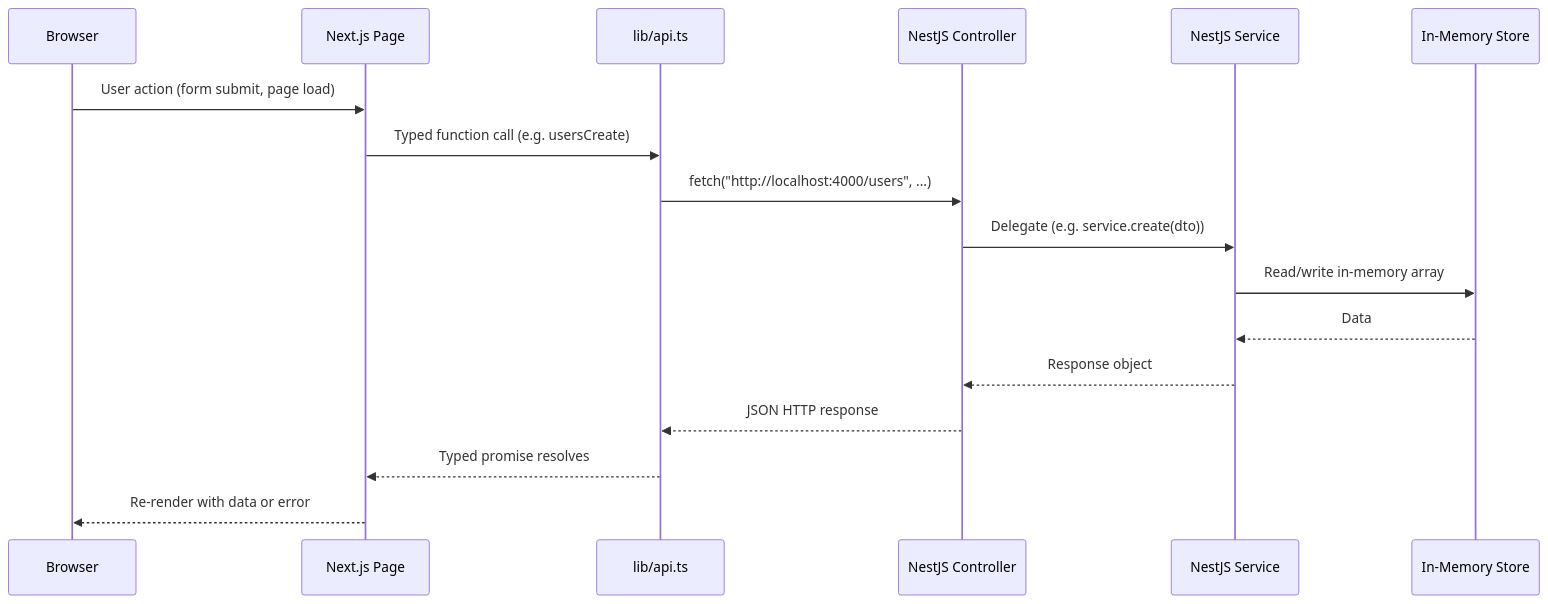
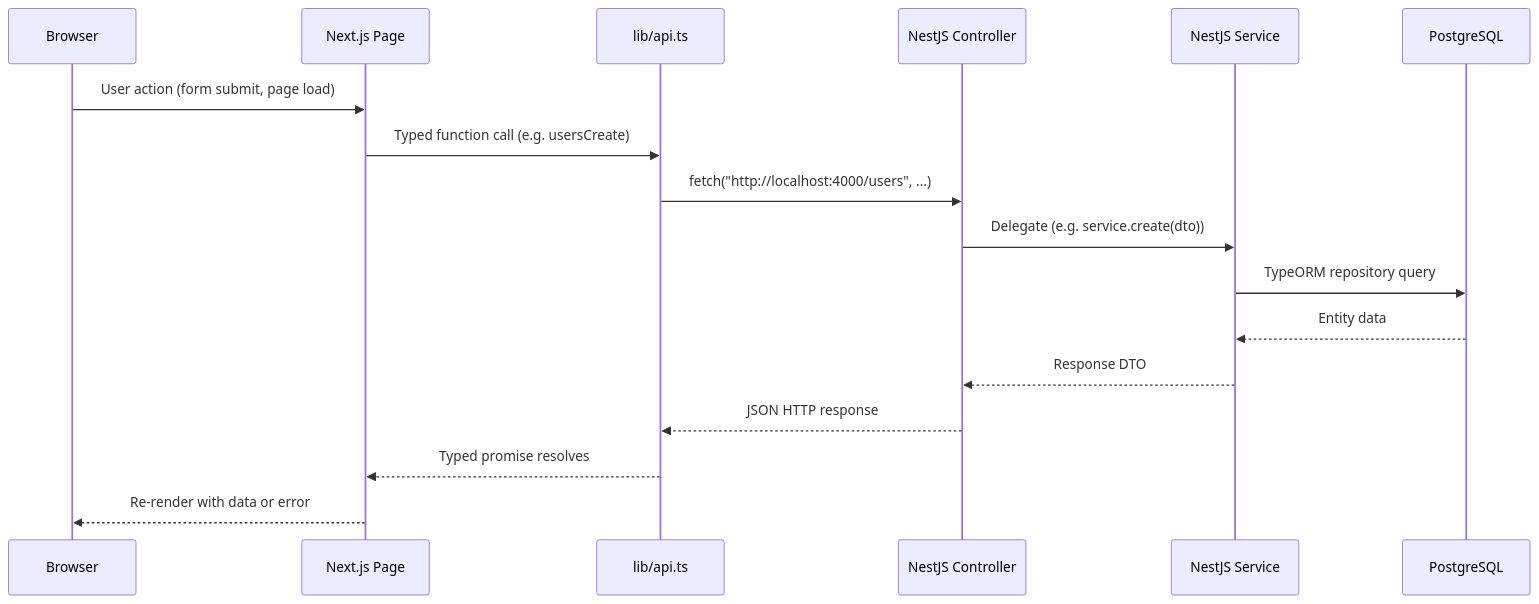
The fourth of 5 diagrams in docs/architecture/ARCHITECTURE.md (KLJr-Dev/KC-Project), drawn with Mermaid before and after one commit. The commit also changed other lines of this file and 6 other files, not shown here.

First line of the commit message:
v0.2.0 docs: update architecture, data model, backend README, frontend badge for database introduction

````diff
--- a/docs/architecture/ARCHITECTURE.md
+++ b/docs/architecture/ARCHITECTURE.md
@@ -174,20 +177,20 @@
 ```mermaid
 sequenceDiagram
     participant Browser
     participant Page as Next.js Page
     participant API as lib/api.ts
     participant Controller as NestJS Controller
     participant Service as NestJS Service
-    participant Store as In-Memory Store
+    participant PG as PostgreSQL
 
     Browser->>Page: User action (form submit, page load)
     Page->>API: Typed function call (e.g. usersCreate)
     API->>Controller: fetch("http://localhost:4000/users", ...)
     Controller->>Service: Delegate (e.g. service.create(dto))
-    Service->>Store: Read/write in-memory array
-    Store-->>Service: Data
-    Service-->>Controller: Response object
+    Service->>PG: TypeORM repository query
+    PG-->>Service: Entity data
+    Service-->>Controller: Response DTO
     Controller-->>API: JSON HTTP response
     API-->>Page: Typed promise resolves
     Page-->>Browser: Re-render with data or error
 ```
````
